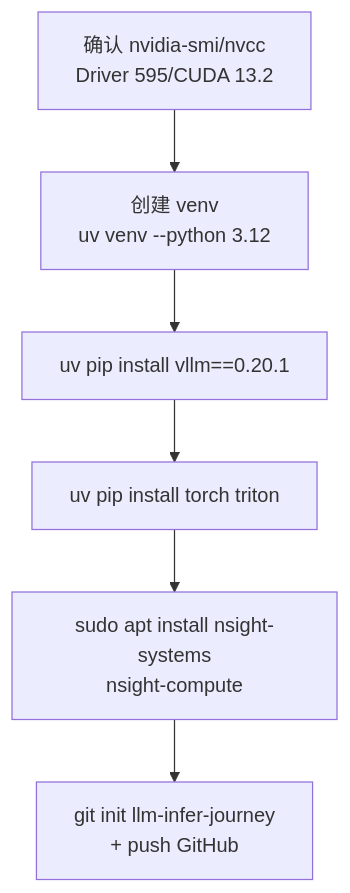
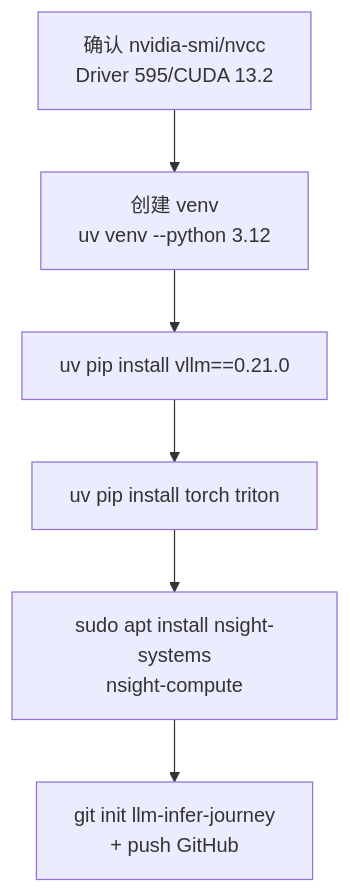
Before and after one commit to Xuefei-Zhang/llm-infer-journey: the second of 5 diagrams in 02-week1.md, drawn with Mermaid. The commit also changed other lines of this file and 13 other files, not shown here.

````diff
--- a/02-week1.md
+++ b/02-week1.md
@@ -41,8 +43,8 @@
 ```mermaid
 graph TD
     A[确认 nvidia-smi/nvcc<br/>Driver 595/CUDA 13.2] --> B[创建 venv<br/>uv venv --python 3.12]
-    B --> C[uv pip install vllm==0.20.1]
+    B --> C[uv pip install vllm==0.21.0]
     C --> D[uv pip install torch triton]
     D --> E[sudo apt install nsight-systems<br/>nsight-compute]
     E --> F[git init llm-infer-journey<br/>+ push GitHub]
 ```
````
